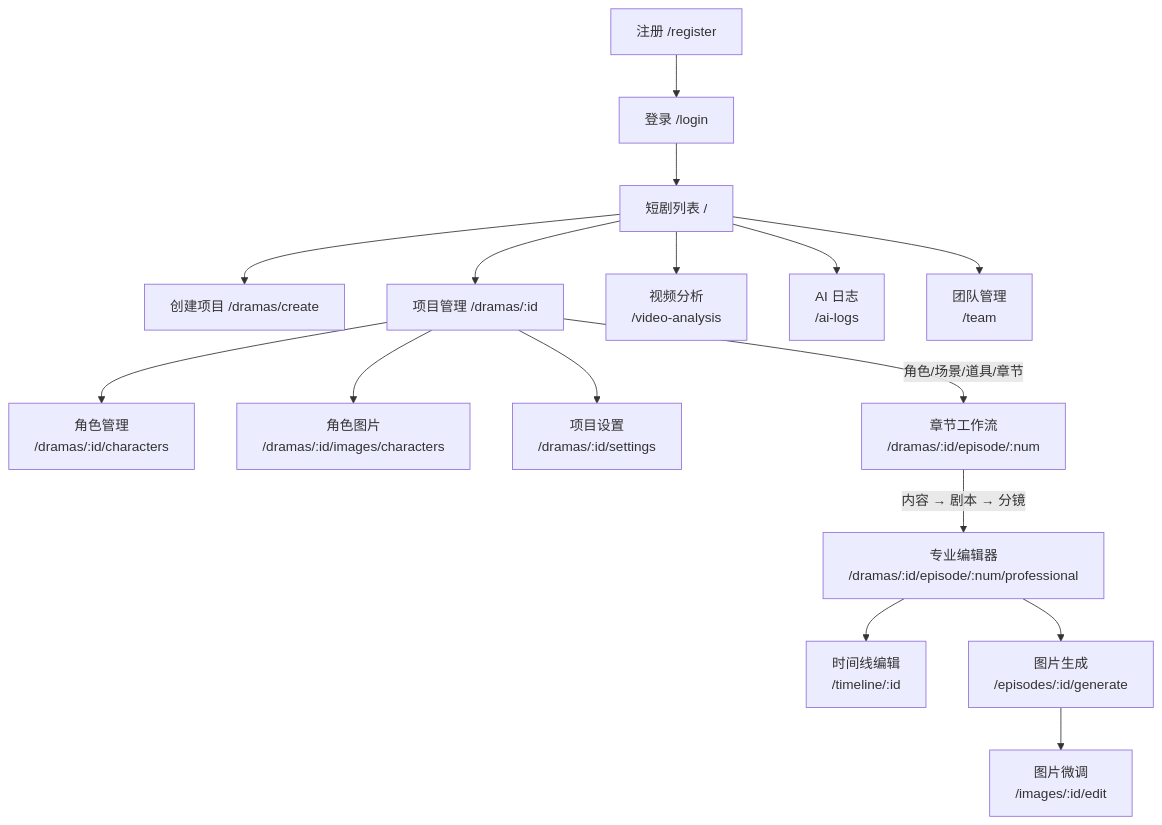
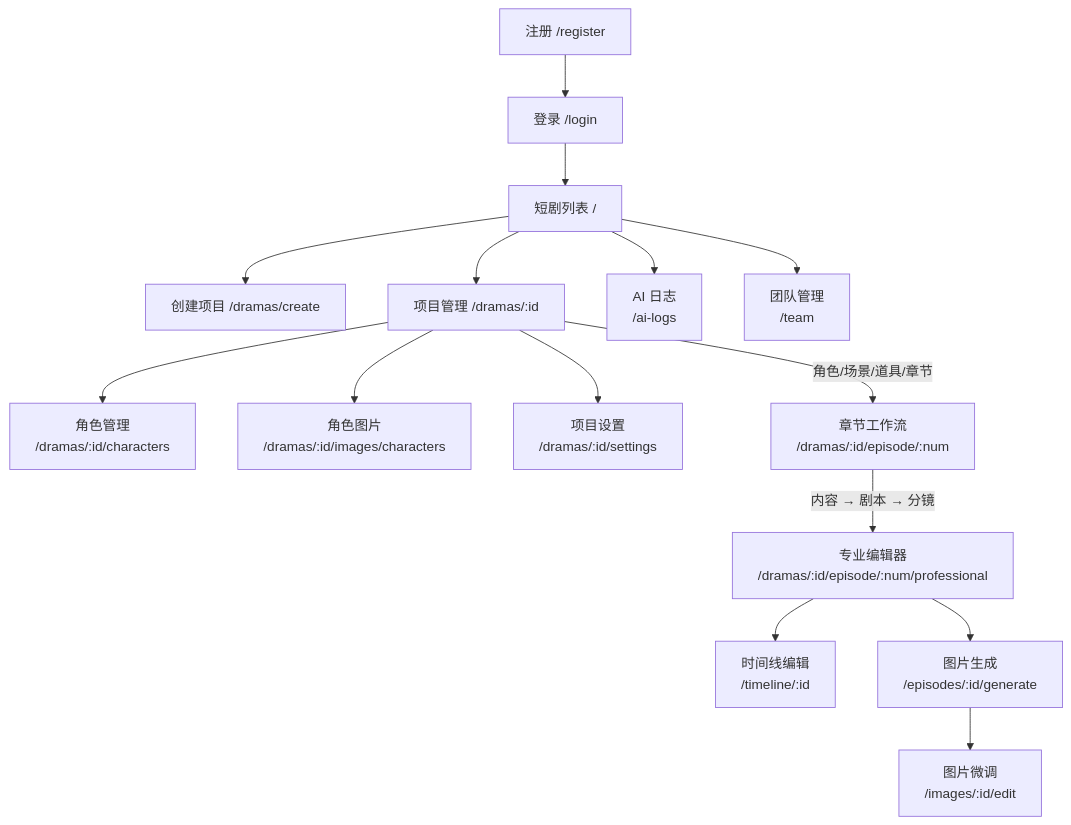
The third of 8 diagrams in docs/guides/2_技术架构.md (chenweidu666/CineMaker_Public), drawn with Mermaid before and after one commit. The commit also changed other lines of this file and 6 other files, not shown here.

````diff
--- a/docs/guides/2_技术架构.md
+++ b/docs/guides/2_技术架构.md
@@ -171,35 +168,33 @@
 ```mermaid
 flowchart TD
     Login["登录 /login"]
     Register["注册 /register"]
     DramaList["短剧列表 /"]
     DramaCreate["创建项目 /dramas/create"]
     DramaMgmt["项目管理 /dramas/:id"]
     DramaChars["角色管理<br/>/dramas/:id/characters"]
     DramaCharImgs["角色图片<br/>/dramas/:id/images/characters"]
     DramaSettings["项目设置<br/>/dramas/:id/settings"]
     EpisodeWF["章节工作流<br/>/dramas/:id/episode/:num"]
     ProEditor["专业编辑器<br/>/dramas/:id/episode/:num/professional"]
     Timeline["时间线编辑<br/>/timeline/:id"]
     ImgGen["图片生成<br/>/episodes/:id/generate"]
     ImgEdit["图片微调<br/>/images/:id/edit"]
-    VideoAnalysis["视频分析<br/>/video-analysis"]
     AILogs["AI 日志<br/>/ai-logs"]
     Team["团队管理<br/>/team"]
 
     Login --> DramaList
     Register --> Login
     DramaList --> DramaCreate
     DramaList --> DramaMgmt
-    DramaList --> VideoAnalysis
     DramaList --> AILogs
     DramaMgmt --> DramaChars
     DramaMgmt --> DramaCharImgs
     DramaMgmt --> DramaSettings
     DramaMgmt -->|"角色/场景/道具/章节"| EpisodeWF
     EpisodeWF -->|"内容 → 剧本 → 分镜"| ProEditor
     ProEditor --> ImgGen
     ProEditor --> Timeline
     ImgGen --> ImgEdit
     DramaList --> Team
 ```
````
